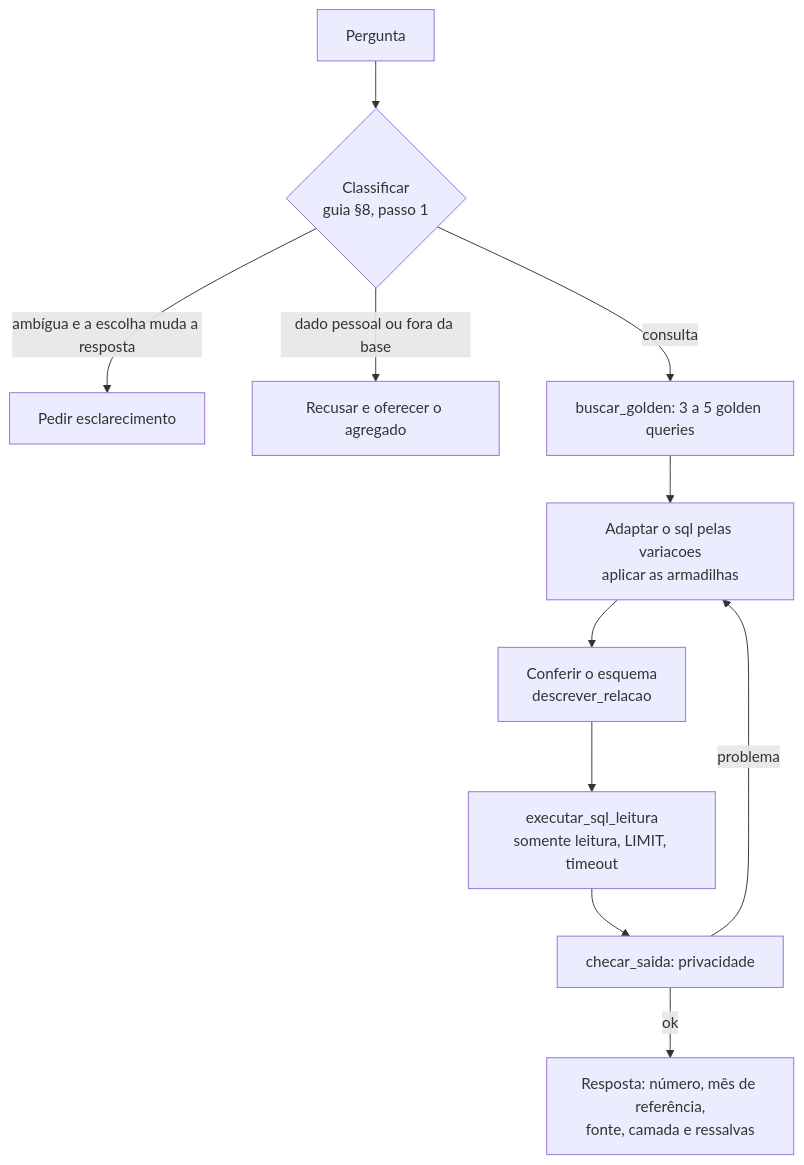
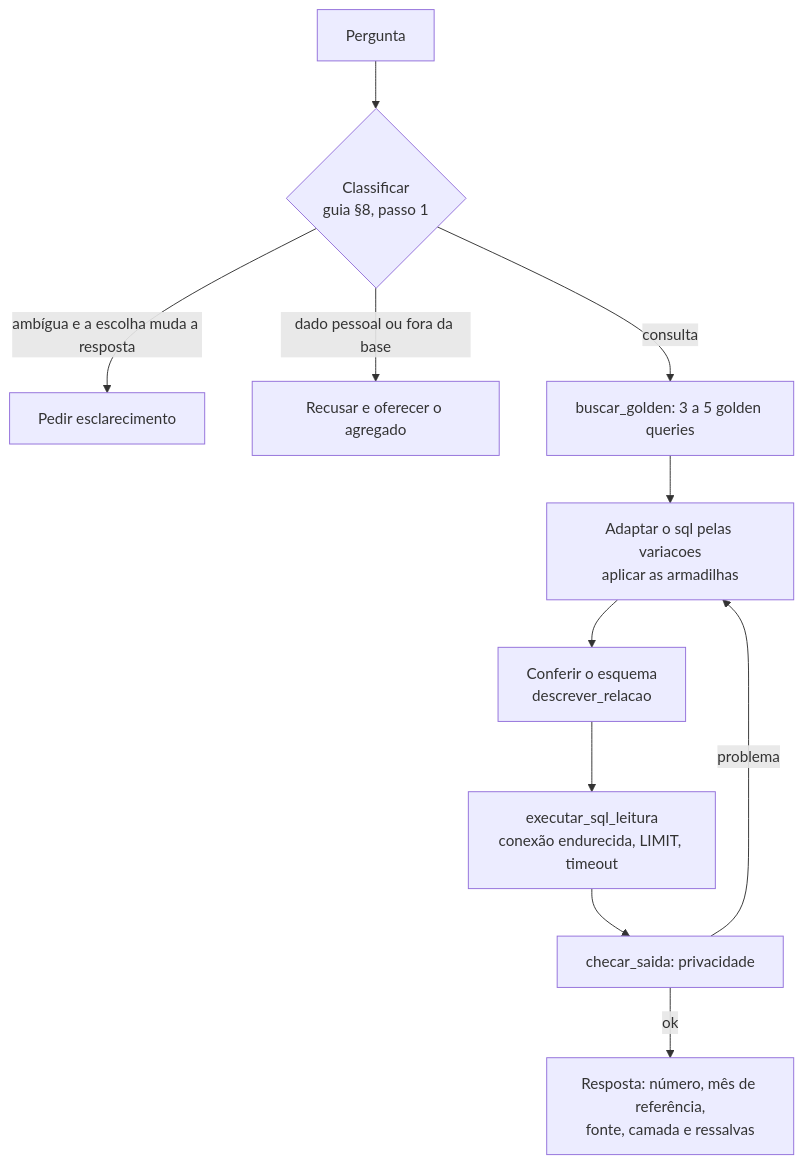
One commit to llrt/dbt-pipeline-rfb-v2 changed the diagram in docs/uso/construcao-agente.md. Above: the diagram before and after it, drawn with Mermaid. The commit also changed other lines of this file and 1 other file, not shown here.

First line of the commit message:
docs(construcao-agente): conexão somente leitura endurecida como receita obrigatória

````diff
--- a/docs/uso/construcao-agente.md
+++ b/docs/uso/construcao-agente.md
@@ -18,13 +18,13 @@
 ```mermaid
 flowchart TD
     P[Pergunta] --> C{Classificar<br/>guia §8, passo 1}
     C -- ambígua e a escolha muda a resposta --> E[Pedir esclarecimento]
     C -- dado pessoal ou fora da base --> R[Recusar e oferecer o agregado]
     C -- consulta --> B[buscar_golden: 3 a 5 golden queries]
     B --> A[Adaptar o sql pelas variacoes<br/>aplicar as armadilhas]
     A --> S[Conferir o esquema<br/>descrever_relacao]
-    S --> X[executar_sql_leitura<br/>somente leitura, LIMIT, timeout]
+    S --> X[executar_sql_leitura<br/>conexão endurecida, LIMIT, timeout]
     X --> V[checar_saida: privacidade]
     V -- problema --> A
     V -- ok --> O[Resposta: número, mês de referência,<br/>fonte, camada e ressalvas]
 ```
````
